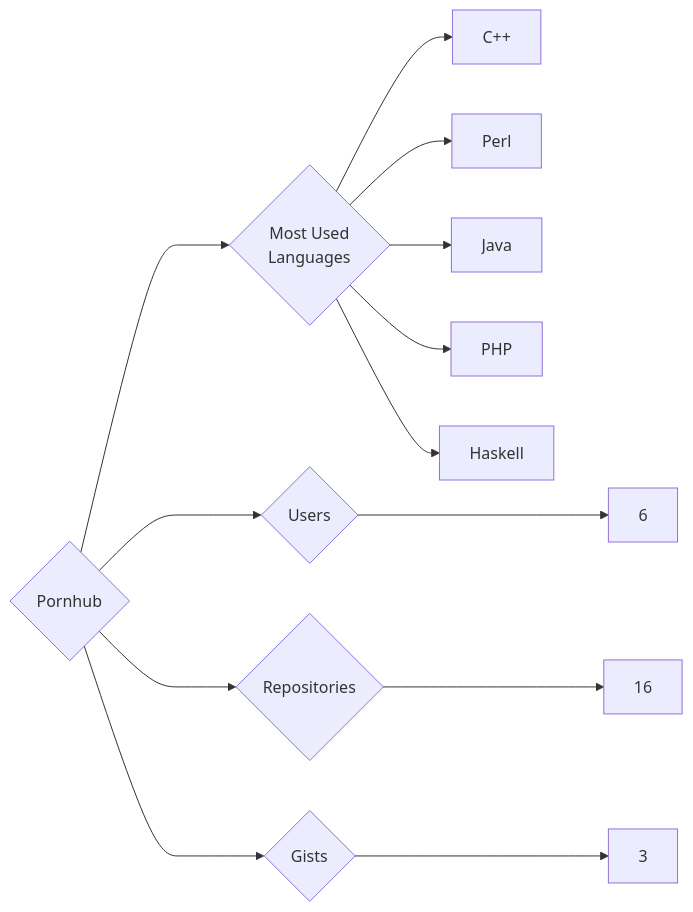
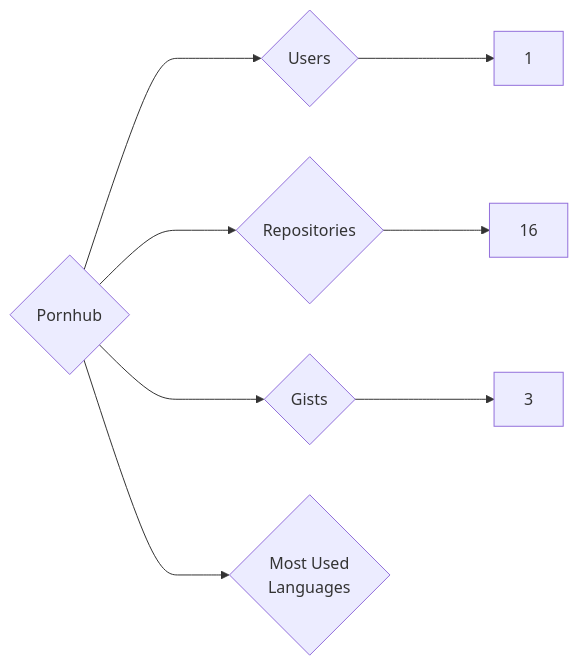
One commit to trickest/insiders changed the diagram in targets/Pornhub/README.md. Above: the diagram before and after it, drawn with Mermaid. The commit also changed 797 other files, not shown here.

````diff
--- a/targets/Pornhub/README.md
+++ b/targets/Pornhub/README.md
@@ -3,13 +3,8 @@
 ```mermaid
 graph LR
 COMPANY_NAME{Pornhub}
-COMPANY_NAME ---> U{Users} ---> UN[6]
+COMPANY_NAME ---> U{Users} ---> UN[1]
 COMPANY_NAME ---> R{Repositories} ---> RN[16]
 COMPANY_NAME ---> G{Gists} ---> GN[3]
 COMPANY_NAME ---> ML{Most Used<br>Languages}
-ML --> C++[C++]
-ML --> Perl[Perl]
-ML --> Java[Java]
-ML --> PHP[PHP]
-ML --> Haskell[Haskell]
 ```
````
